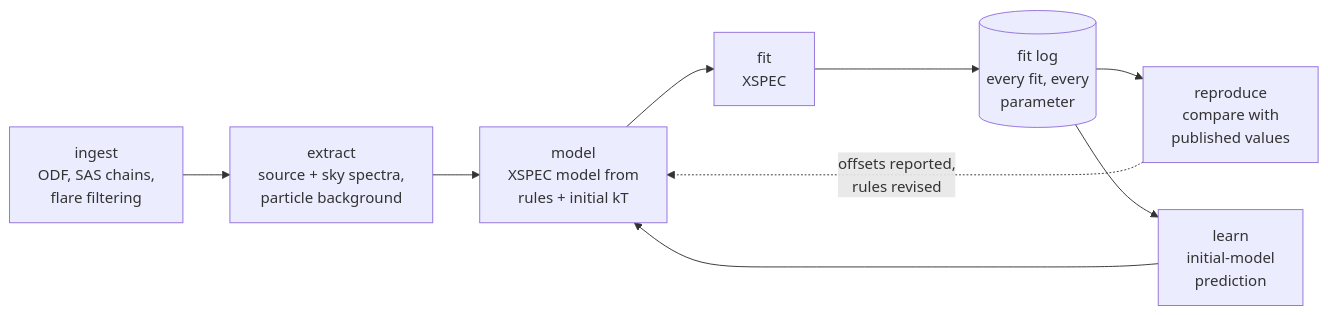
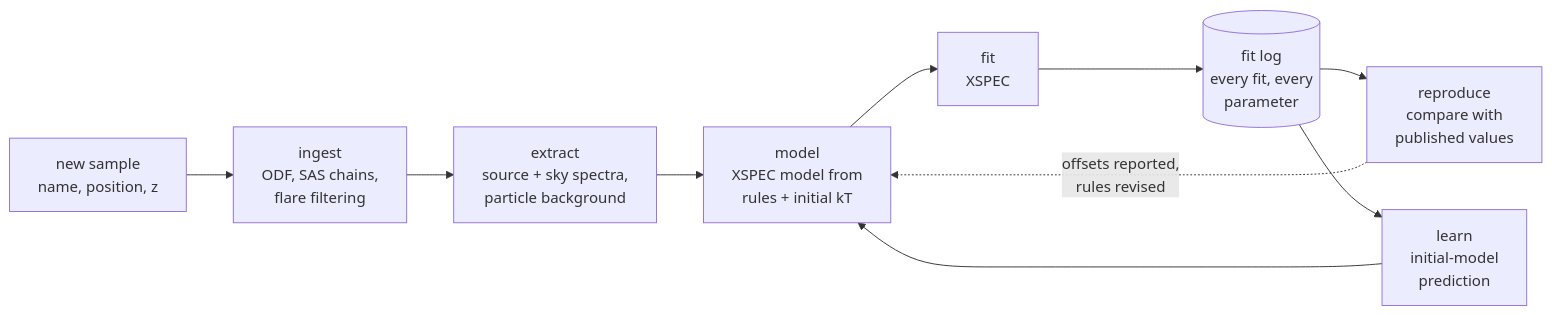
The diagram in README.md (dchwu2003/xmm-cluster-pipeline-public), drawn with Mermaid before and after one commit. The commit also changed other lines of this file and 2 other files, not shown here.

First line of the commit message:
Pipeline runs end to end: automatic fit, sky spectrum and new-sample stages; first run on a new sample

````diff
--- a/README.md
+++ b/README.md
@@ -14,11 +14,12 @@
 ```mermaid
 flowchart LR
+    N[new sample<br/>name, position, z] --> A
     A[ingest<br/>ODF, SAS chains,<br/>flare filtering] --> B[extract<br/>source + sky spectra,<br/>particle background]
     B --> C[model<br/>XSPEC model from<br/>rules + initial kT]
     C --> D[fit<br/>XSPEC]
     D --> E[(fit log<br/>every fit, every<br/>parameter)]
     E --> F[reproduce<br/>compare with<br/>published values]
     E --> G[learn<br/>initial-model<br/>prediction]
     G --> C
     F -. offsets reported,<br/>rules revised .-> C
 ```
````
